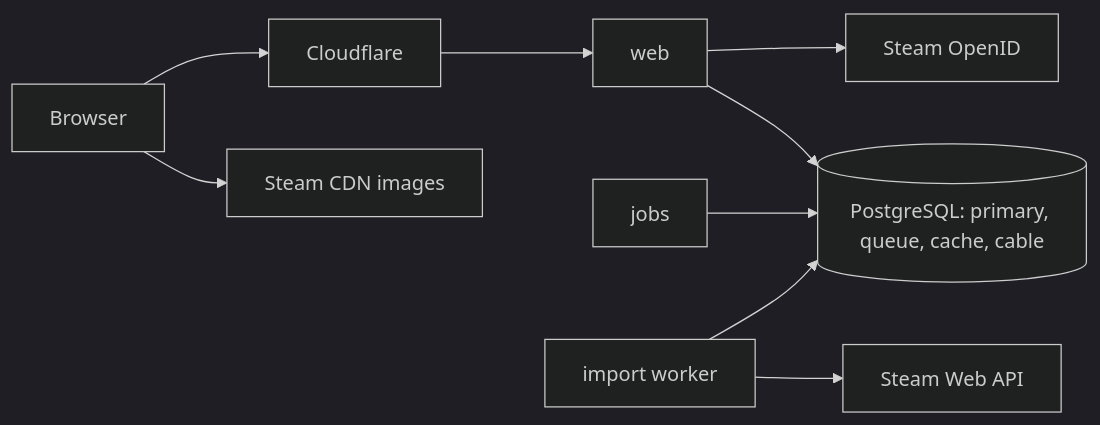
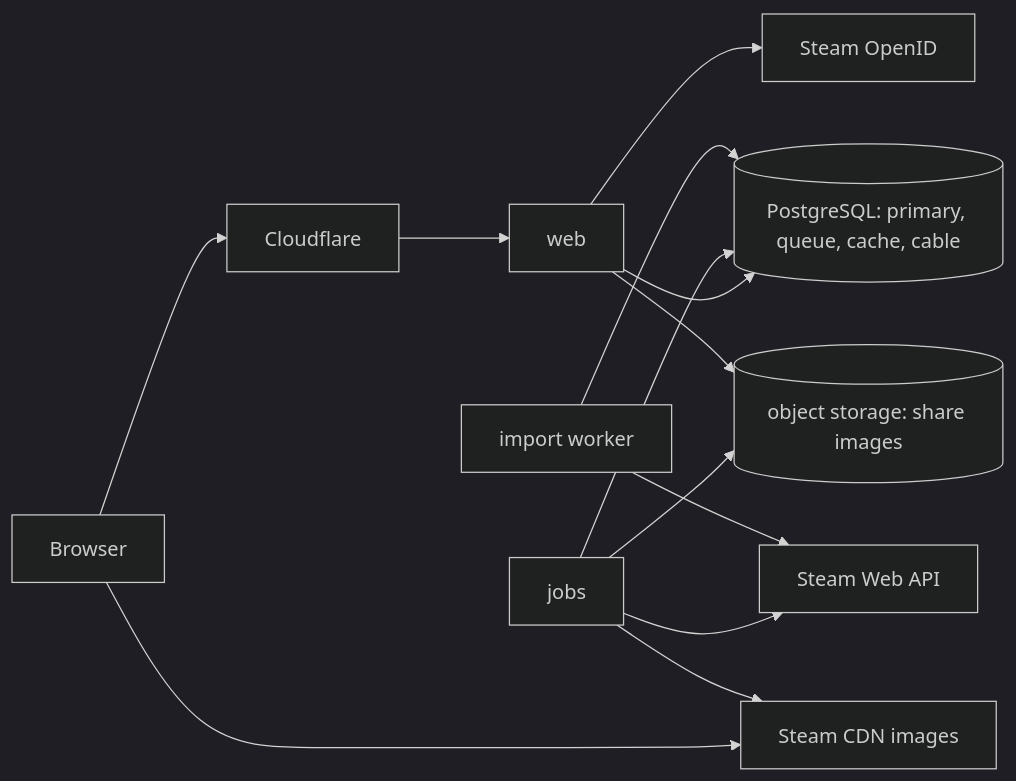
Before and after one commit to theiereman/gameble: the second of 3 diagrams in _bmad-output/initiative-gameble/architecture-gameble/architecture-gameble.md, drawn with Mermaid (dark theme). The commit also changed other lines of this file and 4 other files, not shown here.

First line of the commit message:
docs(architecture): release 1.1.0 decides custom sets and goals, the Steam library sync, achievement metrics, trade suggestions and the shared card image

````diff
--- a/_bmad-output/initiative-gameble/architecture-gameble/architecture-gameble.md
+++ b/_bmad-output/initiative-gameble/architecture-gameble/architecture-gameble.md
@@ -486,10 +552,14 @@
 ```mermaid
 graph LR
   B[Browser] --> CF[Cloudflare] --> W[web]
   B --> CDN[Steam CDN images]
   W --> PG[(PostgreSQL: primary, queue, cache, cable)]
   W --> OID[Steam OpenID]
   J[jobs] --> PG
+  J --> API
+  J --> S3[(object storage: share images)]
+  W --> S3
+  J --> CDN
   I[import worker] --> PG
   I --> API[Steam Web API]
 ```
````
